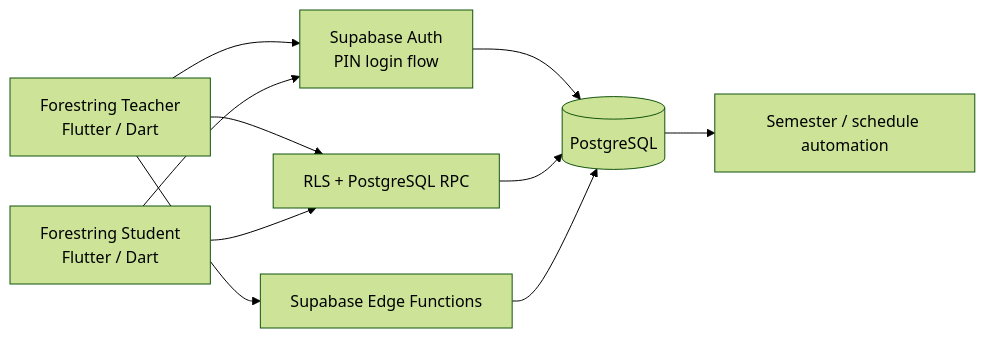
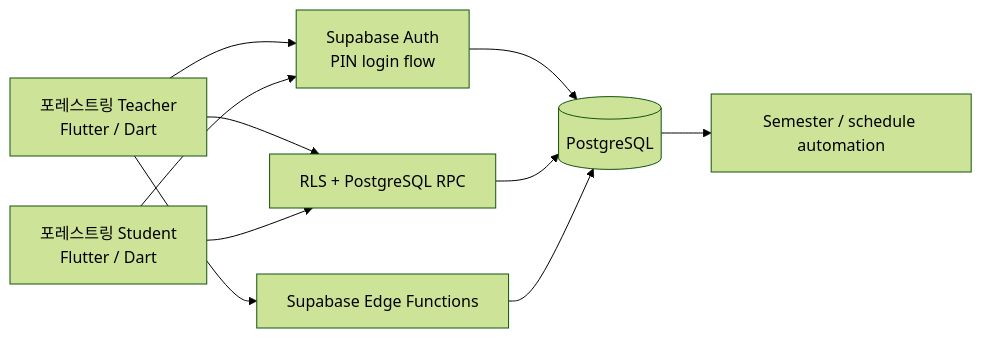
Before and after one commit to B-Dandelion/Forestring_teach: the diagram in README.md, drawn with Mermaid (forest theme). The commit also changed other lines of this file, not shown here.

Commit message:
docs: polish teacher app README for portfolio

````diff
--- a/README.md
+++ b/README.md
@@ -68,18 +71,18 @@
 ```mermaid
 flowchart LR
-    T[Forestring Teacher\nFlutter / Dart]
-    S[Forestring Student\nFlutter / Dart]
+    T[포레스트링 Teacher\nFlutter / Dart]
+    S[포레스트링 Student\nFlutter / Dart]
 
     T --> AUTH[Supabase Auth\nPIN login flow]
     S --> AUTH
 
     AUTH --> DB[(PostgreSQL)]
     T --> RPC[RLS + PostgreSQL RPC]
     S --> RPC
     RPC --> DB
 
     T --> EDGE[Supabase Edge Functions]
     EDGE --> DB
 
     DB --> AUTO[Semester / schedule automation]
 ```
````
